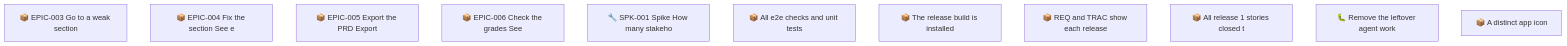
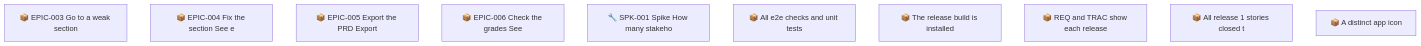
One commit to SpillwaveSolutions/prd-forge-viewer changed the second of 2 diagrams in docs/roadmap.md. Above: the diagram before and after it, drawn with Mermaid. The commit also changed other lines of this file and 7 other files, not shown here.

````diff
--- a/docs/roadmap.md
+++ b/docs/roadmap.md
@@ -85,14 +88,13 @@
 ```mermaid
 graph TD
     01M61XNJQPA0F7H1BG56ERNJ3P["📦 EPIC-003 Go to a weak section"]
     01M61XNK50616FWM0WZ4FGWGEB["📦 EPIC-004 Fix the section See e"]
     01M61XNK9MPMV0RAEKPX0JC3K4["📦 EPIC-005 Export the PRD Export"]
     01M61XNM7GHPSJ1B96BCHA59ZE["📦 EPIC-006 Check the grades See"]
     01M61XNM9NY7F4D4V7400J56X9["🔧 SPK-001 Spike How many stakeho"]
     01M62C7REGCD2R415FMWFCZMV8["📦 All e2e checks and unit tests"]
     01M62C7REGCD2R415FMWFCZMVA["📦 The release build is installed"]
     01M62C7REHN9N2P8Z19K0EPA0F["📦 REQ and TRAC show each release"]
     01M62C7REHN9N2P8Z19K0EPA0H["📦 All release 1 stories closed t"]
-    01M675A4ZFVAXWB3KWCZFBCF24["🐛 Remove the leftover agent work"]
     01M675AB5R3SDH4FRSB6N4S116["📦 A distinct app icon"]
 ```
````
